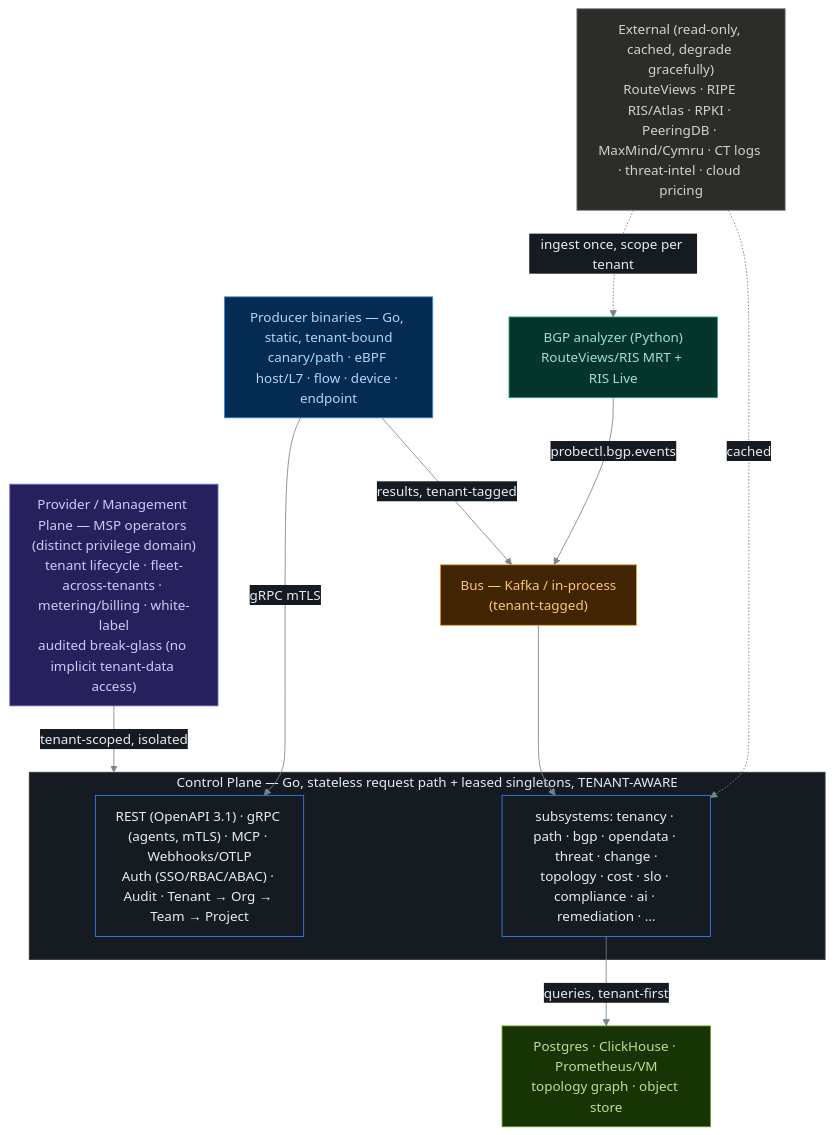
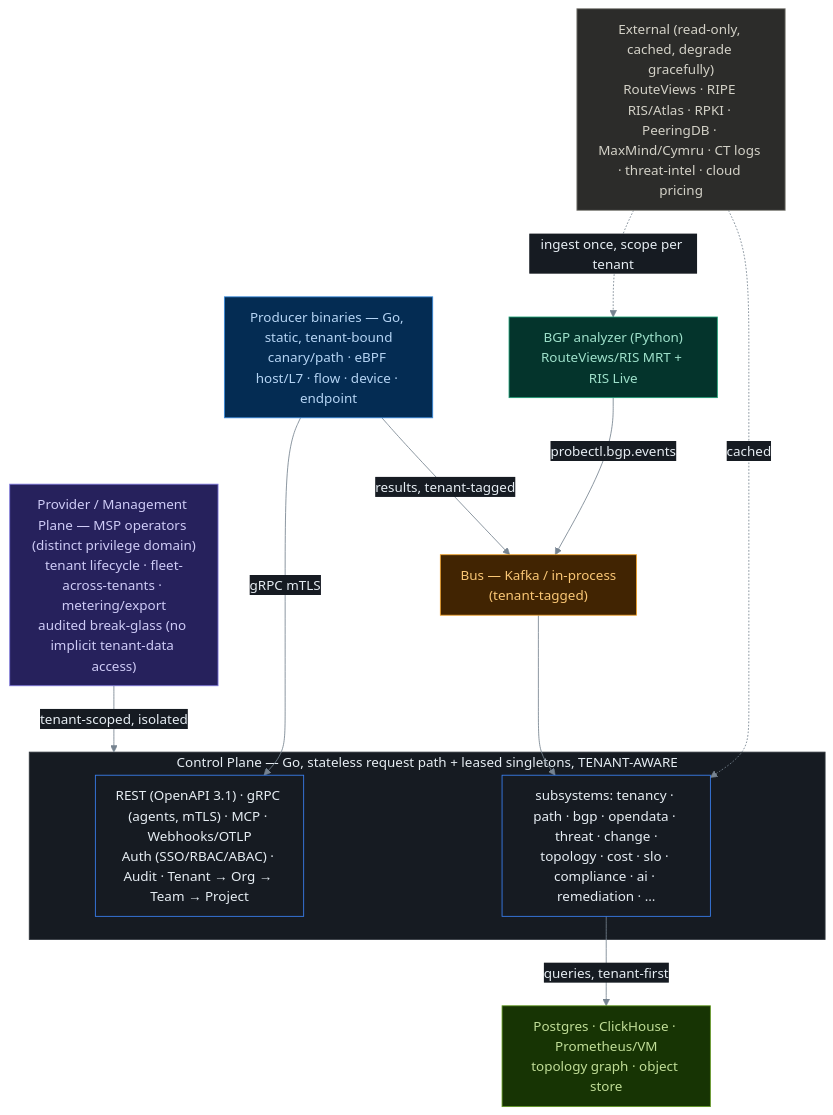
Before and after one commit to ctlplne/probectl: the diagram in README.md, drawn with Mermaid. The commit also changed other lines of this file and 37 other files, not shown here.

````diff
--- a/README.md
+++ b/README.md
@@ -214,38 +213,38 @@
 ```mermaid
 %%{init: {'theme':'base','themeVariables':{'background':'transparent','primaryColor':'#161b22','primaryTextColor':'#e6edf3','primaryBorderColor':'#3b82f6','lineColor':'#768390','secondaryColor':'#21262d','tertiaryColor':'#0d1117','clusterBkg':'#161b22','clusterBorder':'#30363d','titleColor':'#e6edf3','edgeLabelBackground':'#161b22','fontFamily':'ui-monospace, SFMono-Regular, Menlo, monospace'},'flowchart':{'curve':'basis','nodeSpacing':55,'rankSpacing':55,'padding':12}}}%%
 flowchart TB
-    Provider["Provider / Management Plane — MSP operators (distinct privilege domain)<br/>tenant lifecycle · fleet-across-tenants · metering/billing · white-label<br/>audited break-glass (no implicit tenant-data access)"]
+    Provider["Provider / Management Plane — MSP operators (distinct privilege domain)<br/>tenant lifecycle · fleet-across-tenants · metering/export<br/>audited break-glass (no implicit tenant-data access)"]
 
     subgraph CP["Control Plane — Go, stateless request path + leased singletons, TENANT-AWARE"]
         Edge["REST (OpenAPI 3.1) · gRPC (agents, mTLS) · MCP · Webhooks/OTLP<br/>Auth (SSO/RBAC/ABAC) · Audit · Tenant → Org → Team → Project"]
         Subsys["subsystems: tenancy · path · bgp · opendata · threat · change ·<br/>topology · cost · slo · compliance · ai · remediation · …"]
     end
 
     Agents["Producer binaries — Go, static, tenant-bound<br/>canary/path · eBPF host/L7 · flow · device · endpoint"]
     Analyzer["BGP analyzer (Python)<br/>RouteViews/RIS MRT + RIS Live"]
     Bus["Bus — Kafka / in-process<br/>(tenant-tagged)"]
     Stores["Postgres · ClickHouse · Prometheus/VM<br/>topology graph · object store"]
     External["External (read-only, cached, degrade gracefully)<br/>RouteViews · RIPE RIS/Atlas · RPKI · PeeringDB · MaxMind/Cymru · CT logs · threat-intel · cloud pricing"]
 
     Provider -->|tenant-scoped, isolated| CP
     Agents -->|gRPC mTLS| Edge
     Analyzer -->|probectl.bgp.events| Bus
     Agents -->|results, tenant-tagged| Bus
     Bus --> Subsys
     Subsys -->|queries, tenant-first| Stores
     External -.->|ingest once, scope per tenant| Analyzer
     External -.->|cached| Subsys
 
     classDef prov fill:#26215C,stroke:#7F77DD,color:#CECBF6
     classDef agent fill:#042C53,stroke:#378ADD,color:#B5D4F4
     classDef analyzer fill:#04342C,stroke:#1D9E75,color:#9FE1CB
     classDef bus fill:#412402,stroke:#EF9F27,color:#FAC775
     classDef store fill:#173404,stroke:#639922,color:#C0DD97
     classDef ext fill:#2C2C2A,stroke:#888780,color:#D3D1C7
     class Provider prov
     class Agents agent
     class Analyzer analyzer
     class Bus bus
     class Stores store
     class External ext
 ```
````
